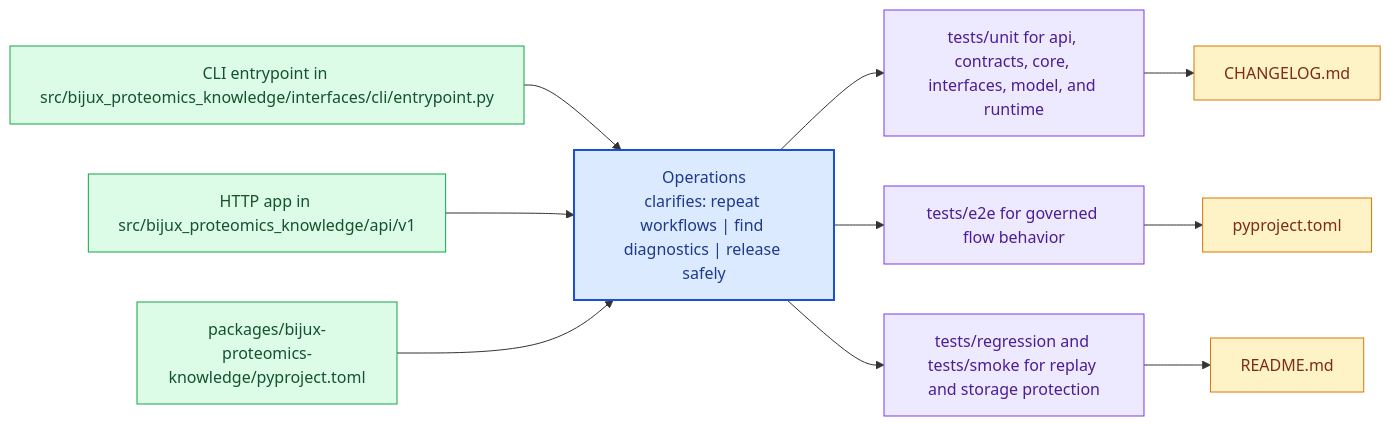
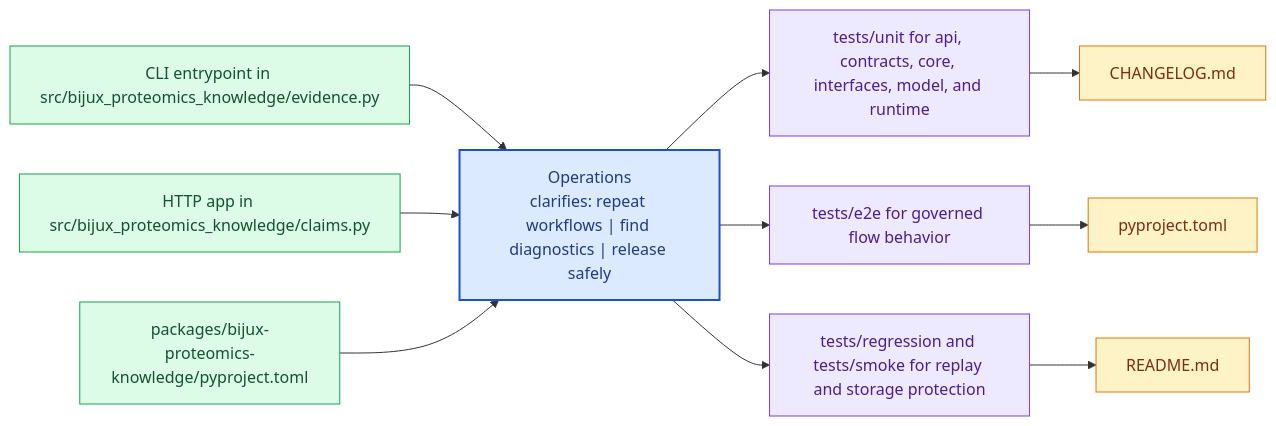
The diagram in docs/bijux-proteomics-knowledge/operations/index.md (bijux/bijux-proteomics), drawn with Mermaid before and after one commit. The commit also changed 24 other files, not shown here.

Commit message:
docs(bijux-proteomics-knowledge): align handbook with evidence and claim system boundaries

````diff
--- a/docs/bijux-proteomics-knowledge/operations/index.md
+++ b/docs/bijux-proteomics-knowledge/operations/index.md
@@ -20,31 +20,31 @@
 ```mermaid
 flowchart LR
     page["Operations<br/>clarifies: repeat workflows | find diagnostics | release safely"]
     classDef page fill:#dbeafe,stroke:#1d4ed8,color:#1e3a8a,stroke-width:2px;
     classDef positive fill:#dcfce7,stroke:#16a34a,color:#14532d;
     classDef caution fill:#fee2e2,stroke:#dc2626,color:#7f1d1d;
     classDef anchor fill:#ede9fe,stroke:#7c3aed,color:#4c1d95;
     classDef action fill:#fef3c7,stroke:#d97706,color:#7c2d12;
-    step1["CLI entrypoint in src/bijux_proteomics_knowledge/interfaces/cli/entrypoint.py"]
+    step1["CLI entrypoint in src/bijux_proteomics_knowledge/evidence.py"]
     step1 --> page
-    step2["HTTP app in src/bijux_proteomics_knowledge/api/v1"]
+    step2["HTTP app in src/bijux_proteomics_knowledge/claims.py"]
     step2 --> page
     step3["packages/bijux-proteomics-knowledge/pyproject.toml"]
     step3 --> page
     run1["tests/unit for api, contracts, core, interfaces, model, and runtime"]
     page --> run1
     run2["tests/e2e for governed flow behavior"]
     page --> run2
     run3["tests/regression and tests/smoke for replay and storage protection"]
     page --> run3
     release1["CHANGELOG.md"]
     run1 --> release1
     release2["pyproject.toml"]
     run2 --> release2
     release3["README.md"]
     run3 --> release3
     class page page;
     class step1,step2,step3 positive;
     class run1,run2,run3 anchor;
     class release1,release2,release3 action;
 ```
````
